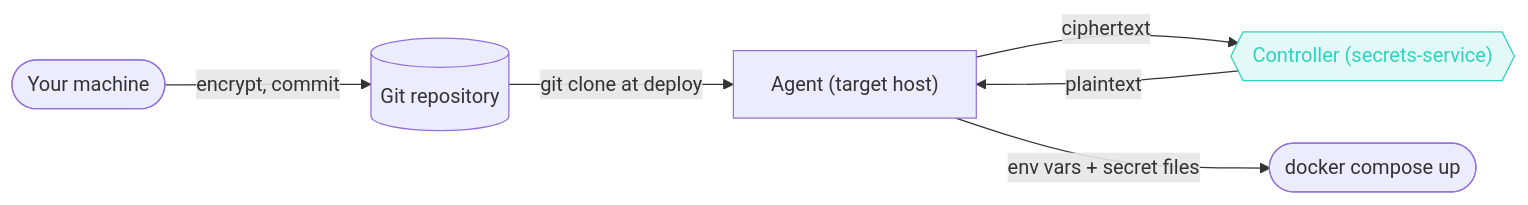
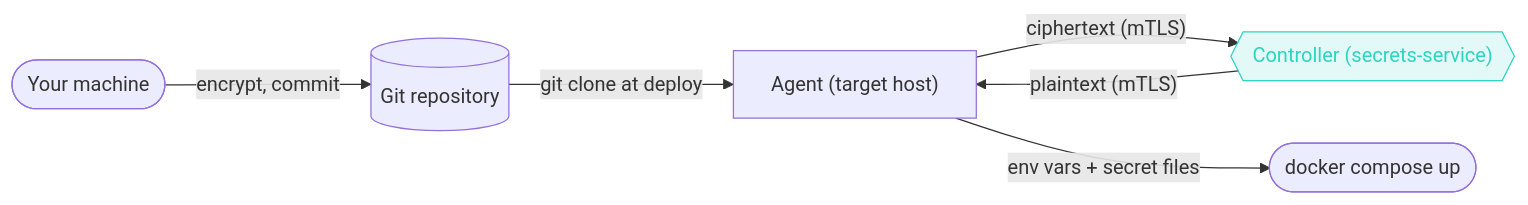
The first of 2 diagrams in docs/guide/secrets.md (forgelab-me/wharf-site), drawn with Mermaid before and after one commit.

Commit message:
docs(secrets): note mTLS on the controller↔agent ciphertext exchange

````diff
--- a/docs/guide/secrets.md
+++ b/docs/guide/secrets.md
@@ -42,17 +42,17 @@
 ```mermaid
 flowchart LR
     You(["Your machine"])
     Repo[("Git repository")]
     Agent["Agent (target host)"]
     Controller{{"Controller (secrets-service)"}}
     Deploy(["docker compose up"])
 
     You -- "encrypt, commit" --> Repo
     Repo -- "git clone at deploy" --> Agent
-    Agent -- ciphertext --> Controller
-    Controller -- plaintext --> Agent
+    Agent -- "ciphertext (mTLS)" --> Controller
+    Controller -- "plaintext (mTLS)" --> Agent
     Agent -- "env vars + secret files" --> Deploy
 
     classDef accent fill:#2dd4bf22,stroke:#2dd4bf,color:#2dd4bf;
     class Controller accent;
 ```
````
